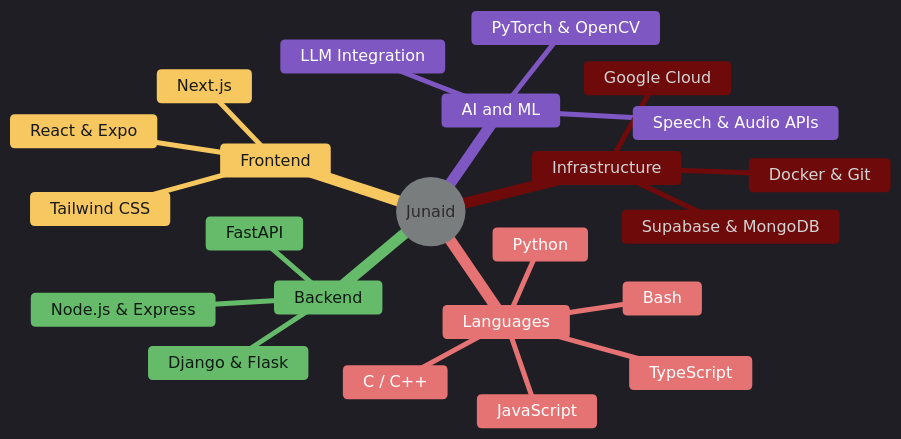
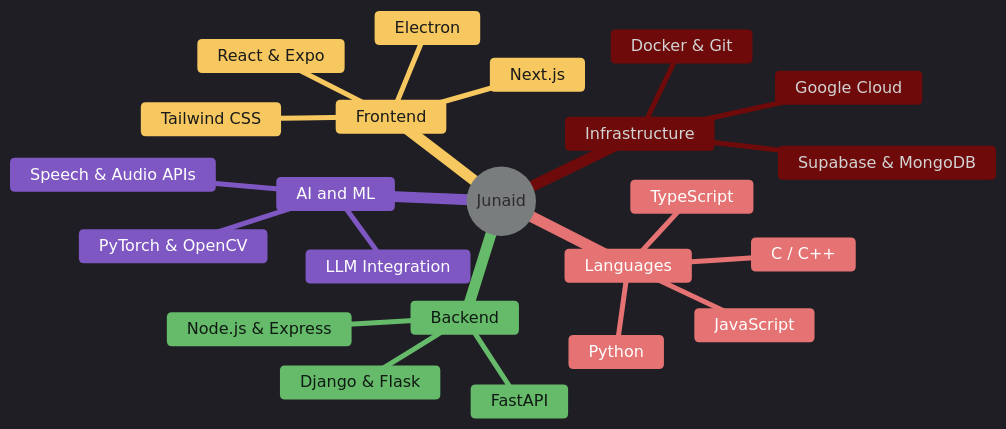
Before and after one commit to mianjunaid1223/mianjunaid1223: the diagram in README.md, drawn with Mermaid.

Commit message:
Remove Bash from the programming languages list

````diff
--- a/README.md
+++ b/README.md
@@ -9,52 +9,53 @@
 ```mermaid
 %%{init: {
   'theme': 'dark',
   'themeVariables': {
     'cScale0': '#5F8DEE',
     'cScale1': '#E57373',
     'cScale2': '#F6C85F',
     'cScale3': '#66BB6A',
     'cScale4': '#7E57C2',
     'cScaleLabel0': '#FFFFFF',
     'cScaleLabel1': '#FFFFFF',
     'cScaleLabel2': '#1A1A1A',
     'cScaleLabel3': '#0F1A12',
     'cScaleLabel4': '#FFFFFF',
     'pie1': '#5F8DEE',
     'pie2': '#E57373',
     'pie3': '#F6C85F',
     'pie4': '#66BB6A',
     'pie5': '#7E57C2',
     'mindmapRootFill': '#ffff',
     'mindmapRootStroke': '#fff',
     'mindmapRootTextColor': '#E8EAED',
     'mindmapNodeFill': '#2B2C2F',
     'mindmapNodeStroke': '#3C4043',
     'mindmapNodeTextColor': '#E8EAED'
   }
 }}%%
 mindmap
   root((Junaid))
     Languages
       Python
       JavaScript
       TypeScript
       C / C++
-      Bash
+      
     Frontend
       React & Expo
       Next.js
       Tailwind CSS
+      Electron 
     Backend
       Node.js & Express
       Django & Flask
       FastAPI
     AI and ML
       LLM Integration
       Speech & Audio APIs
       PyTorch & OpenCV
     Infrastructure
       Docker & Git
       Supabase & MongoDB
       Google Cloud
 ```
````
